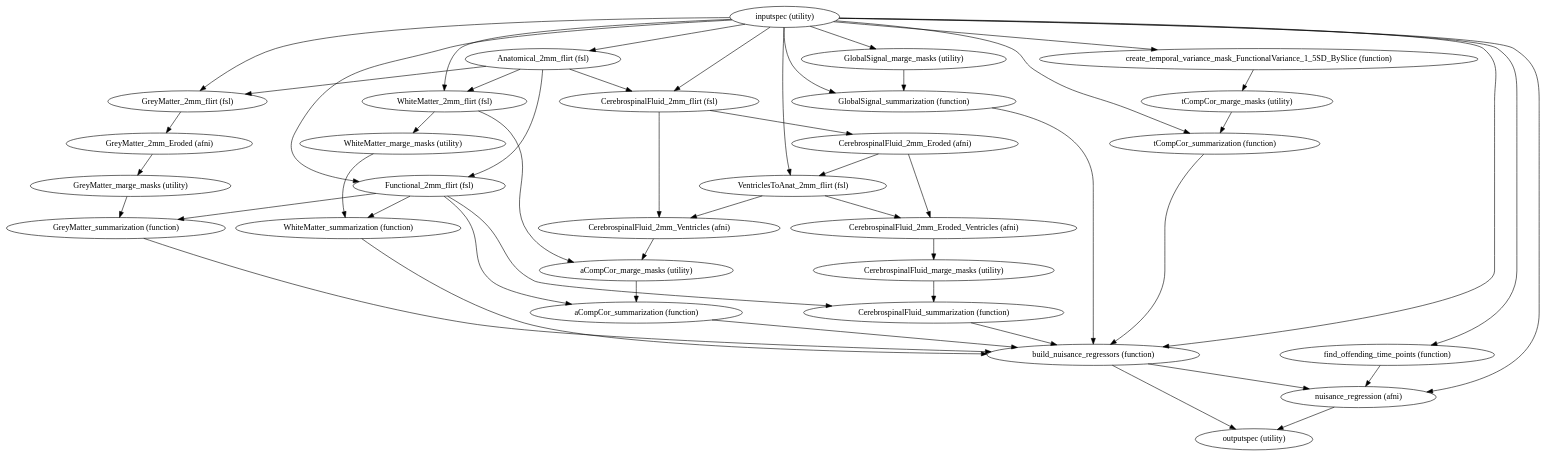
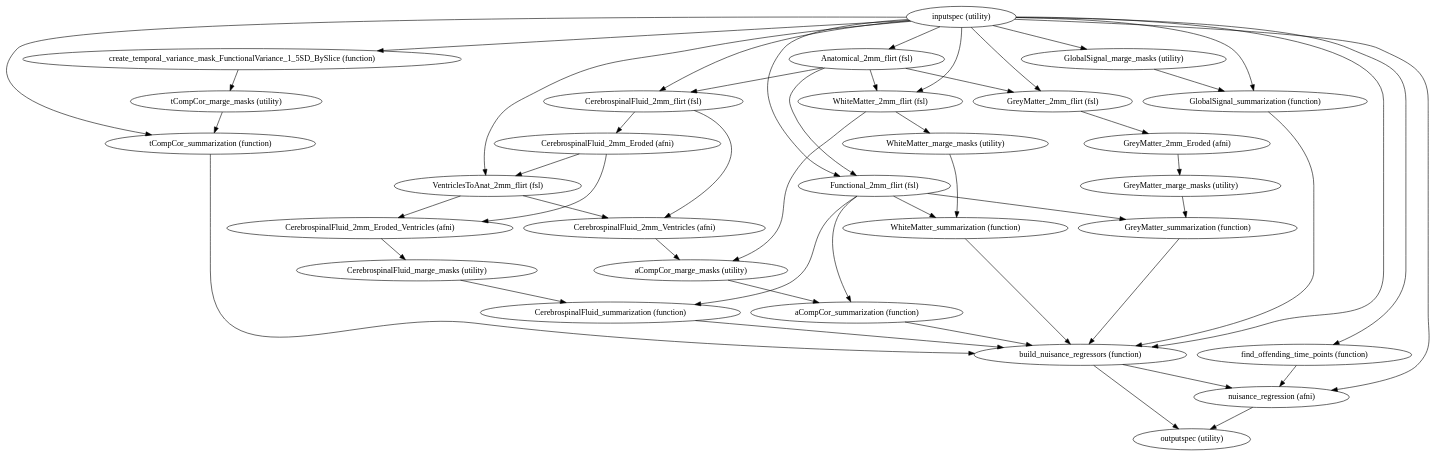
The diagram in docs/developer/workflows/images/nuisance.dot (FCP-INDI/fcp-indi.github.io), drawn with Graphviz before and after one commit. The commit also changed other lines of this file and 12 other files, not shown here.

```diff
--- a/docs/developer/workflows/images/nuisance.dot
+++ b/docs/developer/workflows/images/nuisance.dot
@@ -1,80 +1,80 @@
 strict digraph "" {
-"aCompCor_summarization (function)";
 "tCompCor_summarization (function)";
 "CerebrospinalFluid_2mm_Eroded (afni)";
 "Anatomical_2mm_flirt (fsl)";
 "inputspec (utility)";
 "WhiteMatter_2mm_flirt (fsl)";
+"aCompCor_summarization (function)";
 "build_nuisance_regressors (function)";
 "GreyMatter_2mm_flirt (fsl)";
 "GreyMatter_2mm_Eroded (afni)";
 "CerebrospinalFluid_2mm_flirt (fsl)";
 "aCompCor_marge_masks (utility)";
 "find_offending_time_points (function)";
 "CerebrospinalFluid_2mm_Eroded_Ventricles (afni)";
 "tCompCor_marge_masks (utility)";
 "GlobalSignal_summarization (function)";
 "WhiteMatter_marge_masks (utility)";
 "GreyMatter_marge_masks (utility)";
 "GlobalSignal_marge_masks (utility)";
 "WhiteMatter_summarization (function)";
 "VentriclesToAnat_2mm_flirt (fsl)";
 "CerebrospinalFluid_summarization (function)";
 "nuisance_regression (afni)";
 "CerebrospinalFluid_2mm_Ventricles (afni)";
 "outputspec (utility)";
 "create_temporal_variance_mask_FunctionalVariance_1_5SD_BySlice (function)";
 "Functional_2mm_flirt (fsl)";
 "CerebrospinalFluid_marge_masks (utility)";
 "GreyMatter_summarization (function)";
-"aCompCor_summarization (function)" -> "build_nuisance_regressors (function)";
 "tCompCor_summarization (function)" -> "build_nuisance_regressors (function)";
 "CerebrospinalFluid_2mm_Eroded (afni)" -> "CerebrospinalFluid_2mm_Eroded_Ventricles (afni)";
 "CerebrospinalFluid_2mm_Eroded (afni)" -> "VentriclesToAnat_2mm_flirt (fsl)";
 "Anatomical_2mm_flirt (fsl)" -> "Functional_2mm_flirt (fsl)";
 "Anatomical_2mm_flirt (fsl)" -> "CerebrospinalFluid_2mm_flirt (fsl)";
 "Anatomical_2mm_flirt (fsl)" -> "GreyMatter_2mm_flirt (fsl)";
 "Anatomical_2mm_flirt (fsl)" -> "WhiteMatter_2mm_flirt (fsl)";
 "inputspec (utility)" -> "tCompCor_summarization (function)";
 "inputspec (utility)" -> "nuisance_regression (afni)";
 "inputspec (utility)" -> "find_offending_time_points (function)";
 "inputspec (utility)" -> "WhiteMatter_2mm_flirt (fsl)";
 "inputspec (utility)" -> "create_temporal_variance_mask_FunctionalVariance_1_5SD_BySlice (function)";
 "inputspec (utility)" -> "GlobalSignal_summarization (function)";
 "inputspec (utility)" -> "Anatomical_2mm_flirt (fsl)";
 "inputspec (utility)" -> "Functional_2mm_flirt (fsl)";
 "inputspec (utility)" -> "GlobalSignal_marge_masks (utility)";
 "inputspec (utility)" -> "build_nuisance_regressors (function)";
 "inputspec (utility)" -> "GreyMatter_2mm_flirt (fsl)";
 "inputspec (utility)" -> "VentriclesToAnat_2mm_flirt (fsl)";
 "inputspec (utility)" -> "CerebrospinalFluid_2mm_flirt (fsl)";
 "WhiteMatter_2mm_flirt (fsl)" -> "aCompCor_marge_masks (utility)";
 "WhiteMatter_2mm_flirt (fsl)" -> "WhiteMatter_marge_masks (utility)";
+"aCompCor_summarization (function)" -> "build_nuisance_regressors (function)";
 "build_nuisance_regressors (function)" -> "nuisance_regression (afni)";
 "build_nuisance_regressors (function)" -> "outputspec (utility)";
 "GreyMatter_2mm_flirt (fsl)" -> "GreyMatter_2mm_Eroded (afni)";
 "GreyMatter_2mm_Eroded (afni)" -> "GreyMatter_marge_masks (utility)";
 "CerebrospinalFluid_2mm_flirt (fsl)" -> "CerebrospinalFluid_2mm_Eroded (afni)";
 "CerebrospinalFluid_2mm_flirt (fsl)" -> "CerebrospinalFluid_2mm_Ventricles (afni)";
 "aCompCor_marge_masks (utility)" -> "aCompCor_summarization (function)";
 "find_offending_time_points (function)" -> "nuisance_regression (afni)";
 "CerebrospinalFluid_2mm_Eroded_Ventricles (afni)" -> "CerebrospinalFluid_marge_masks (utility)";
 "tCompCor_marge_masks (utility)" -> "tCompCor_summarization (function)";
 "GlobalSignal_summarization (function)" -> "build_nuisance_regressors (function)";
 "WhiteMatter_marge_masks (utility)" -> "WhiteMatter_summarization (function)";
 "GreyMatter_marge_masks (utility)" -> "GreyMatter_summarization (function)";
 "GlobalSignal_marge_masks (utility)" -> "GlobalSignal_summarization (function)";
 "WhiteMatter_summarization (function)" -> "build_nuisance_regressors (function)";
 "VentriclesToAnat_2mm_flirt (fsl)" -> "CerebrospinalFluid_2mm_Ventricles (afni)";
 "VentriclesToAnat_2mm_flirt (fsl)" -> "CerebrospinalFluid_2mm_Eroded_Ventricles (afni)";
 "CerebrospinalFluid_summarization (function)" -> "build_nuisance_regressors (function)";
 "nuisance_regression (afni)" -> "outputspec (utility)";
 "CerebrospinalFluid_2mm_Ventricles (afni)" -> "aCompCor_marge_masks (utility)";
 "create_temporal_variance_mask_FunctionalVariance_1_5SD_BySlice (function)" -> "tCompCor_marge_masks (utility)";
 "Functional_2mm_flirt (fsl)" -> "aCompCor_summarization (function)";
 "Functional_2mm_flirt (fsl)" -> "GreyMatter_summarization (function)";
 "Functional_2mm_flirt (fsl)" -> "WhiteMatter_summarization (function)";
 "Functional_2mm_flirt (fsl)" -> "CerebrospinalFluid_summarization (function)";
 "CerebrospinalFluid_marge_masks (utility)" -> "CerebrospinalFluid_summarization (function)";
 "GreyMatter_summarization (function)" -> "build_nuisance_regressors (function)";
 }
```
